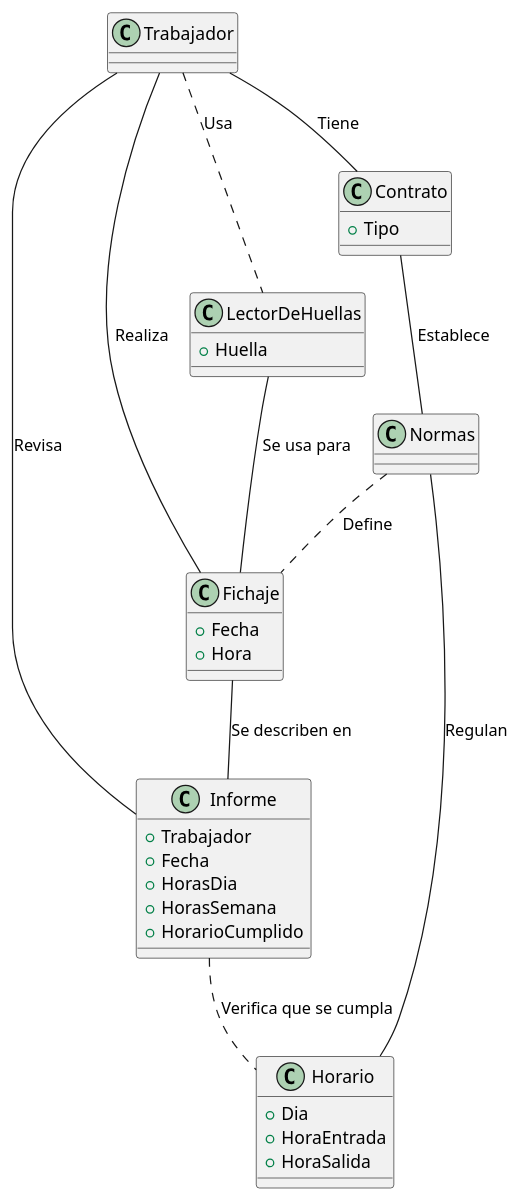
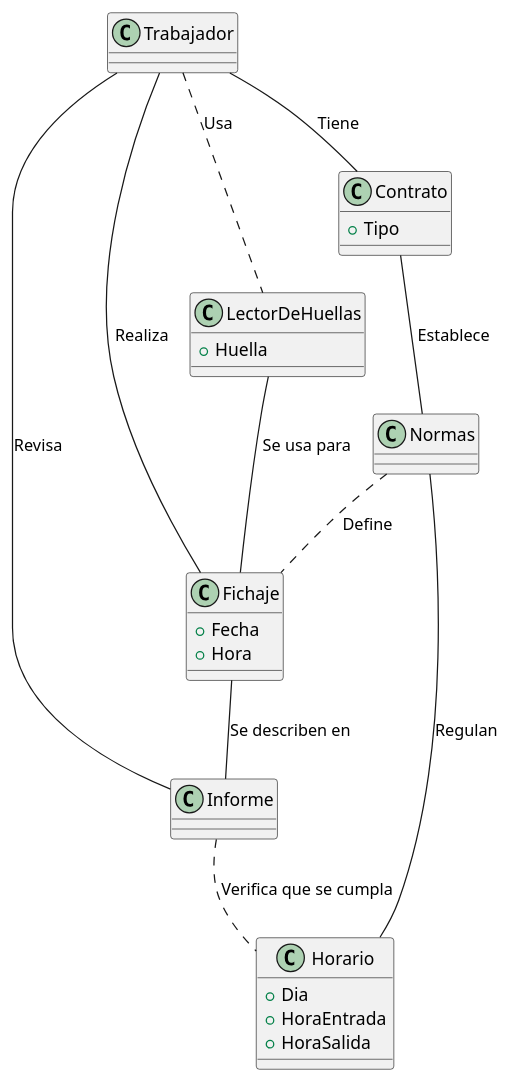
The diagram in modelosUML/diagramaClases.puml (mmasias/23-24-IdSw1-SDR), drawn with PlantUML before and after one commit. The commit also changed 4 other files, not shown here.

Commit message:
Diagrama de Contexto PlantUML

```diff
--- a/modelosUML/diagramaClases.puml
+++ b/modelosUML/diagramaClases.puml
@@ -1,43 +1,40 @@
 @startuml
 class Trabajador{
    
 }
 class LectorDeHuellas{
     + Huella
 }
 class Fichaje{
     + Fecha
     + Hora
 }
+
 class Informe{
-    + Trabajador
-    + Fecha
-    + HorasDia
-    + HorasSemana
-    + HorarioCumplido
 }
+
 class Horario{
     + Dia
     + HoraEntrada
     + HoraSalida
 }
 class Contrato{
     + Tipo
 }
 class Normas{
 
 }
 
 Trabajador -- Contrato : Tiene
 Trabajador .. LectorDeHuellas : Usa
 LectorDeHuellas -- Fichaje : Se usa para
 Fichaje -- Informe : Se describen en
 Informe .. Horario : Verifica que se cumpla
 Contrato -- Normas : Establece
 Normas-- Horario : Regulan
 Normas.. Fichaje : Define
 Trabajador -- Informe : Revisa
 Trabajador -- Fichaje :Realiza
 
 
 @enduml
```
